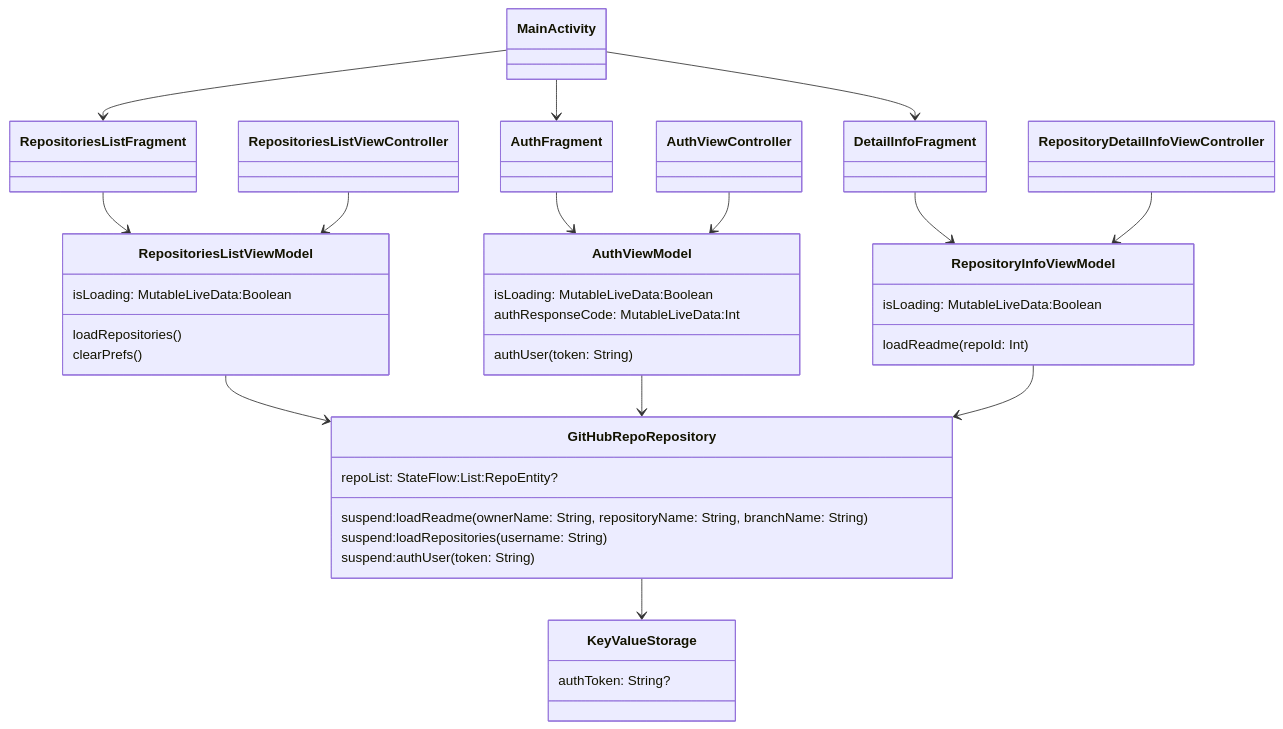
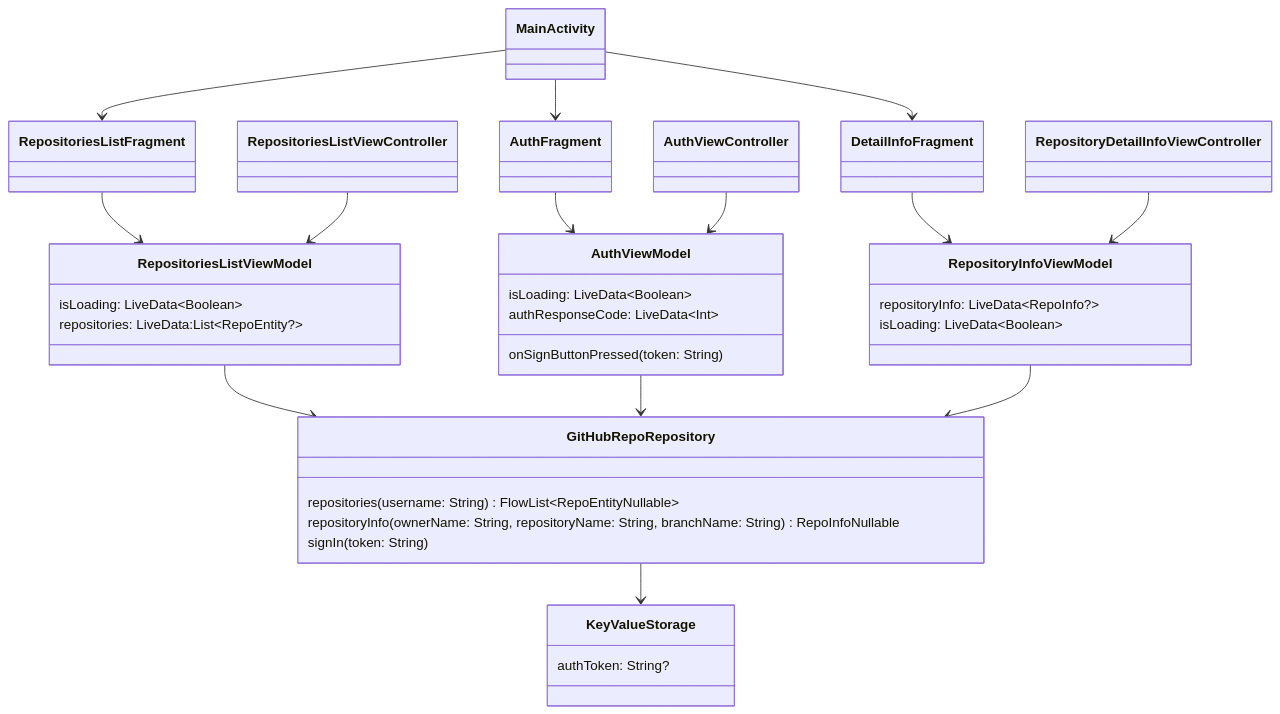
One commit to icerockdev/kmm.icerock.dev changed the diagram in university/4-icerock-basics/practice.md. Above: the diagram before and after it, drawn with Mermaid.

Commit message:
graph fix

````diff
--- a/university/4-icerock-basics/practice.md
+++ b/university/4-icerock-basics/practice.md
@@ -35,53 +35,51 @@
 ```mermaid
 classDiagram
 class AuthViewModel:::common{
-  isLoading: MutableLiveData:Boolean
-  authResponseCode: MutableLiveData:Int
-  authUser(token: String)
+   isLoading: LiveData~Boolean~
+   authResponseCode: LiveData~Int~
+   onSignButtonPressed(token: String)
 }
    
 class RepositoryInfoViewModel:::common{
-  loadReadme(repoId: Int)
-  isLoading: MutableLiveData:Boolean
+   repositoryInfo: LiveData~RepoInfo?~
+   isLoading: LiveData~Boolean~
 }
    
 class RepositoriesListViewModel:::common {
-  isLoading: MutableLiveData:Boolean
-  loadRepositories()
-  clearPrefs()
+   isLoading: LiveData~Boolean~
+   repositories: LiveData:List~RepoEntity?~  
 }
    
 class GitHubRepoRepository:::common{
-  repoList: StateFlow:List:RepoEntity?
-  suspend:loadReadme(ownerName: String, repositoryName: String, branchName: String)
-  suspend:loadRepositories(username: String)
-  suspend:authUser(token: String)
+   repositories(username: String) FlowList~RepoEntityNullable~
+   repositoryInfo(ownerName: String, repositoryName: String, branchName: String) RepoInfoNullable
+   signIn(token: String)
 }
 class KeyValueStorage:::common{
-  authToken: String?
+   authToken: String?
 }
 
 class MainActivity:::android
 class RepositoriesListFragment:::android
 class DetailInfoFragment:::android
 class AuthFragment:::android
 class RepositoriesListViewController:::ios
 class RepositoryDetailInfoViewController:::ios
 class AuthViewController:::ios
 
 MainActivity --> AuthFragment
 MainActivity --> RepositoriesListFragment
 MainActivity --> DetailInfoFragment
 RepositoriesListFragment --> RepositoriesListViewModel
 DetailInfoFragment --> RepositoryInfoViewModel
 AuthFragment --> AuthViewModel
    
 RepositoriesListViewModel --> GitHubRepoRepository
 AuthViewModel --> GitHubRepoRepository
 RepositoryInfoViewModel --> GitHubRepoRepository
        
 RepositoriesListViewController --> RepositoriesListViewModel
 RepositoryDetailInfoViewController --> RepositoryInfoViewModel
 AuthViewController --> AuthViewModel
 GitHubRepoRepository --> KeyValueStorage
 ```
````
